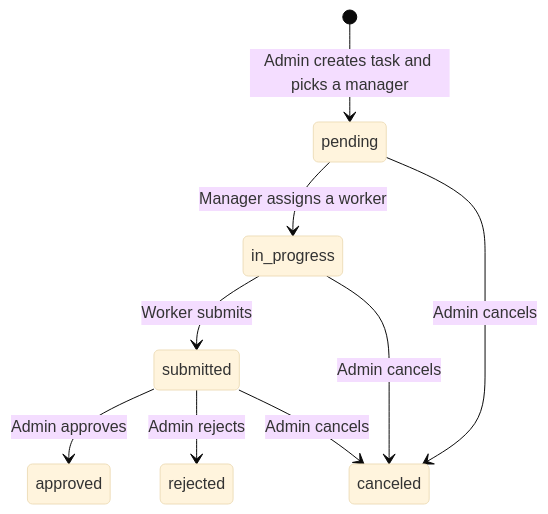
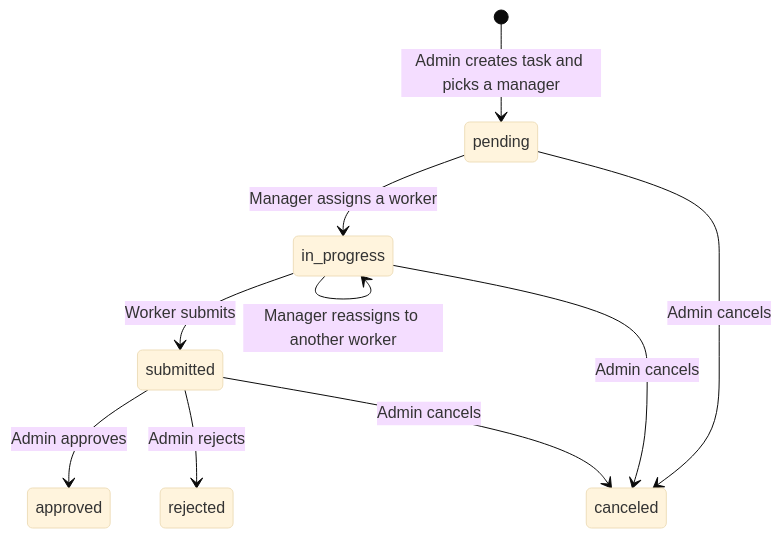
One commit to khabiruzzaman-dev/task-management-system changed the diagram in README.md. Above: the diagram before and after it, drawn with Mermaid (base theme). The commit also changed other lines of this file and 76 other files, not shown here.

````diff
--- a/README.md
+++ b/README.md
@@ -32,11 +39,12 @@
 ```mermaid
 stateDiagram-v2
     [*] --> pending: Admin creates task and picks a manager
     pending --> in_progress: Manager assigns a worker
+    in_progress --> in_progress: Manager reassigns to another worker
     in_progress --> submitted: Worker submits
     submitted --> approved: Admin approves
     submitted --> rejected: Admin rejects
     pending --> canceled: Admin cancels
     in_progress --> canceled: Admin cancels
     submitted --> canceled: Admin cancels
 ```
````
